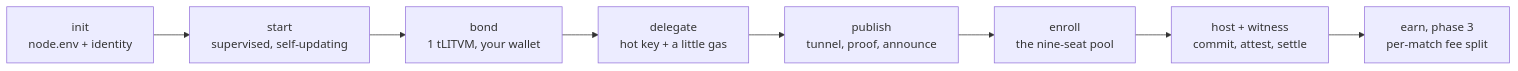
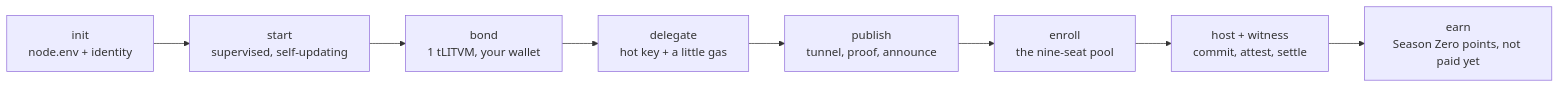
The fourth of 4 diagrams in docs/SDK.md (strodanodev/litnode), drawn with Mermaid before and after one commit. The commit also changed other lines of this file and 7 other files, not shown here.

````diff
--- a/docs/SDK.md
+++ b/docs/SDK.md
@@ -97,4 +97,4 @@
 ```mermaid
 flowchart LR
-  i[init<br/>node.env + identity] --> s[start<br/>supervised, self-updating] --> b[bond<br/>1 tLITVM, your wallet] --> d[delegate<br/>hot key + a little gas] --> p[publish<br/>tunnel, proof, announce] --> e[enroll<br/>the nine-seat pool] --> w[host + witness<br/>commit, attest, settle] --> f[earn, phase 3<br/>per-match fee split]
+  i[init<br/>node.env + identity] --> s[start<br/>supervised, self-updating] --> b[bond<br/>1 tLITVM, your wallet] --> d[delegate<br/>hot key + a little gas] --> p[publish<br/>tunnel, proof, announce] --> e[enroll<br/>the nine-seat pool] --> w[host + witness<br/>commit, attest, settle] --> f[earn<br/>Season Zero points, not paid yet]
 ```
````
